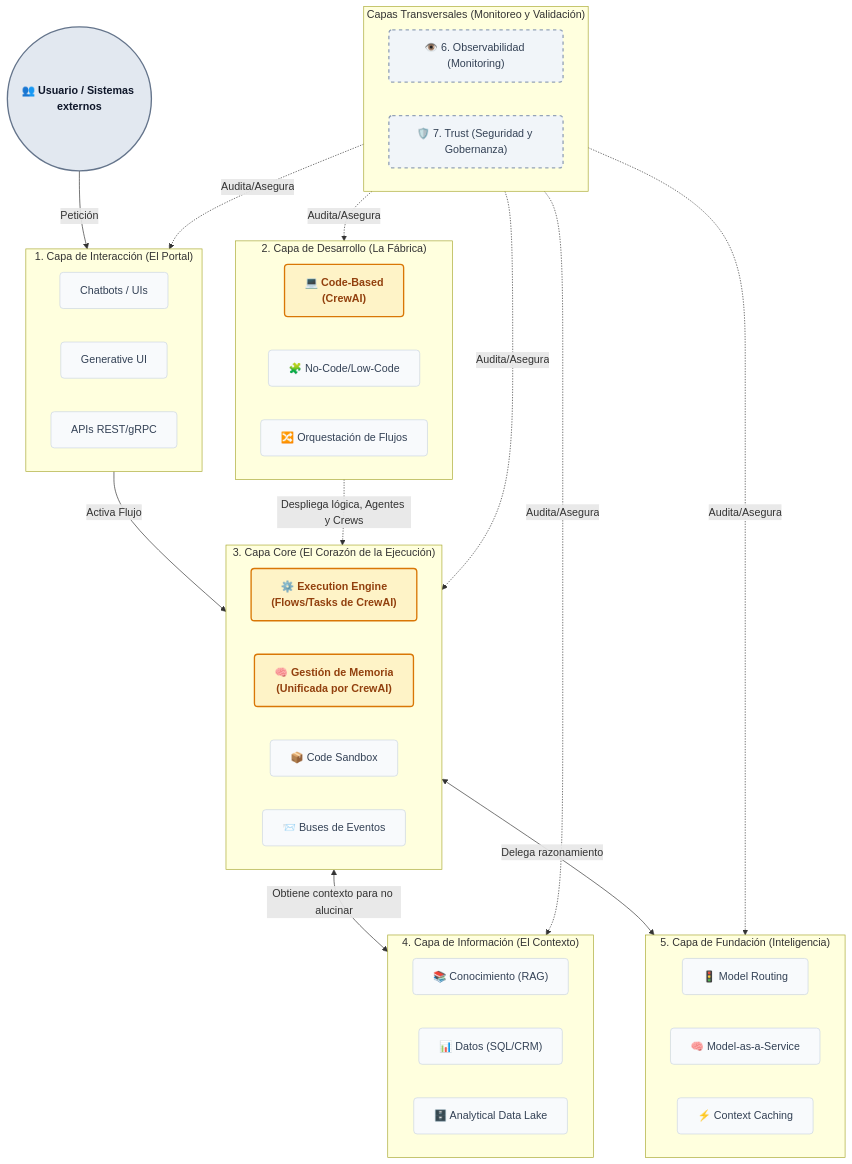
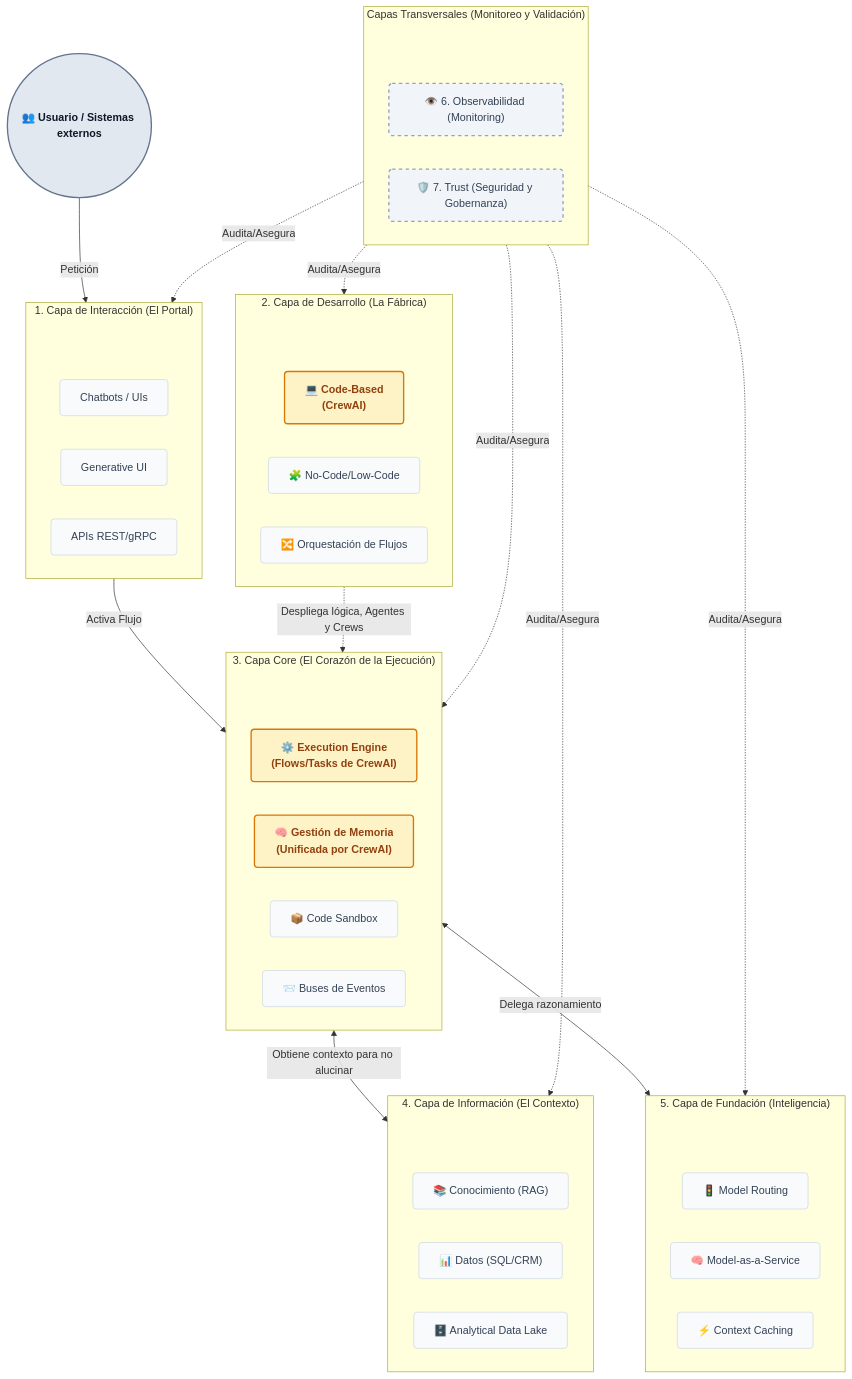
The diagram in docs/architecture.md (ahiguerat/openAgents), drawn with Mermaid before and after one commit.

Commit message:
fix(docs): corrige solapamiento del título en subgraphs del diagrama Mermaid

````diff
--- a/docs/architecture.md
+++ b/docs/architecture.md
@@ -7,62 +7,69 @@
 ```mermaid
 flowchart TD
     classDef default fill:#f8fafc,stroke:#cbd5e1,stroke-width:1px,color:#334155,rx:5px,ry:5px;
     classDef user fill:#e2e8f0,stroke:#64748b,stroke-width:2px,color:#0f172a,font-weight:bold;
     classDef crewai fill:#fef3c7,stroke:#d97706,stroke-width:2px,color:#92400e,font-weight:bold;
     classDef transversales fill:#f1f5f9,stroke:#94a3b8,stroke-width:2px,stroke-dasharray: 5 5;
+    classDef spacer fill:transparent,stroke:transparent,color:transparent;
 
     Usuario((👥 Usuario / Sistemas externos)):::user
 
-    subgraph L1 ["1. Capa de Interacción (El Portal)<br/><br/>"]
+    subgraph L1 ["1. Capa de Interacción (El Portal)"]
         direction LR
+        _sp1["　　　　　　　　　　　　　　　　　　　　　　　"]:::spacer
         UI[Chatbots / UIs]
         GenUI[Generative UI]
         API[APIs REST/gRPC]
     end
 
-    subgraph L2 ["2. Capa de Desarrollo (La Fábrica)<br/><br/>"]
+    subgraph L2 ["2. Capa de Desarrollo (La Fábrica)"]
         direction LR
+        _sp2["　　　　　　　　　　　　　　　　　　　　　　　"]:::spacer
         CodeDev["💻 Code-Based<br/>(CrewAI)"]:::crewai
         NoCode["🧩 No-Code/Low-Code"]
         FlowOrch["🔀 Orquestación de Flujos"]
     end
 
-    subgraph L3 ["3. Capa Core (El Corazón de la Ejecución)<br/><br/>"]
+    subgraph L3 ["3. Capa Core (El Corazón de la Ejecución)"]
         direction LR
+        _sp3["　　　　　　　　　　　　　　　　　　　　　　　　　　　　　"]:::spacer
         ExecEngine["⚙️ Execution Engine<br/>(Flows/Tasks de CrewAI)"]:::crewai
         Memoria["🧠 Gestión de Memoria<br/>(Unificada por CrewAI)"]:::crewai
         Sandbox["📦 Code Sandbox"]
         EventBus["📨 Buses de Eventos"]
     end
 
-    subgraph L4 ["4. Capa de Información (El Contexto)<br/><br/>"]
+    subgraph L4 ["4. Capa de Información (El Contexto)"]
         direction LR
+        _sp4["　　　　　　　　　　　　　　　　　　　　　　　"]:::spacer
         RAG["📚 Conocimiento (RAG)"]
         OpsData["📊 Datos (SQL/CRM)"]
         DataLake["🗄️ Analytical Data Lake"]
     end
 
-    subgraph L5 ["5. Capa de Fundación (Inteligencia)<br/><br/>"]
+    subgraph L5 ["5. Capa de Fundación (Inteligencia)"]
         direction LR
+        _sp5["　　　　　　　　　　　　　　　　　　　　　　　"]:::spacer
         Router["🚦 Model Routing"]
         MaaS["🧠 Model-as-a-Service"]
         Cache["⚡ Context Caching"]
     end
 
-    subgraph Transversales ["Capas Transversales (Monitoreo y Validación)<br/><br/>"]
+    subgraph Transversales ["Capas Transversales (Monitoreo y Validación)"]
         direction LR
+        _sp6["　　　　　　　　　　　　　　　　　　　　　　　　　　　　　"]:::spacer
         Obs["👁️ 6. Observabilidad (Monitoring)"]:::transversales
         Trust["🛡️ 7. Trust (Seguridad y Gobernanza)"]:::transversales
     end
 
     Usuario -->|Petición| L1
     L1 -->|Activa Flujo| L3
     L2 -.->|Despliega lógica, Agentes y Crews| L3
     L3 <-->|Obtiene contexto para no alucinar| L4
     L3 <-->|Delega razonamiento| L5
     Transversales -.->|Audita/Asegura| L1
     Transversales -.->|Audita/Asegura| L2
     Transversales -.->|Audita/Asegura| L3
     Transversales -.->|Audita/Asegura| L4
     Transversales -.->|Audita/Asegura| L5
 ```
````
